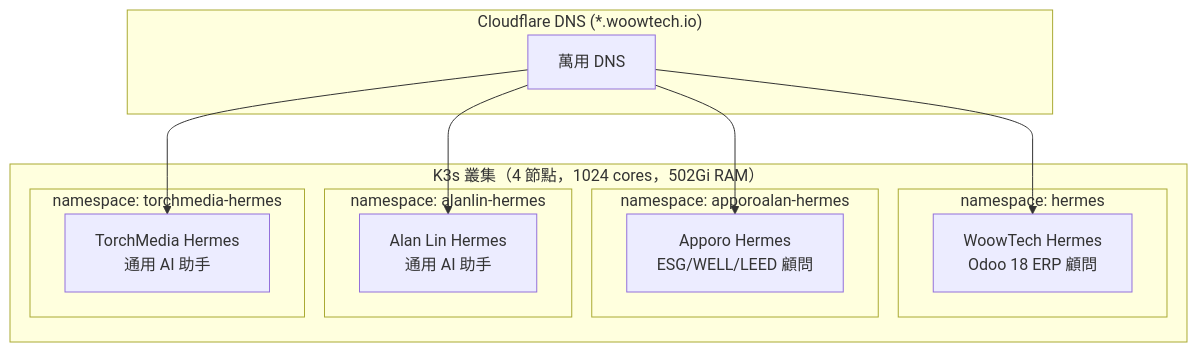
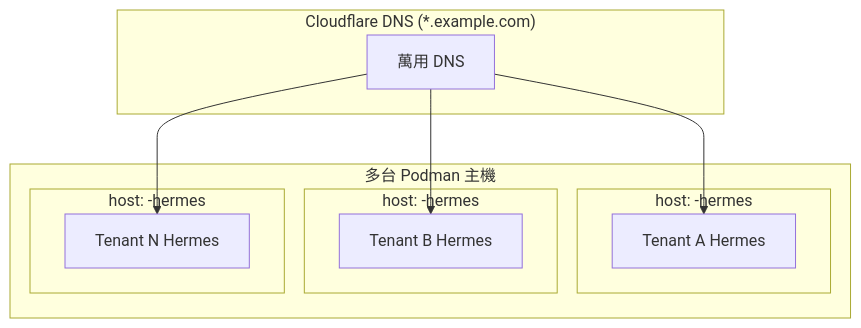
One commit to WOOWTECH/Woow_podman_hermes changed the second of 5 diagrams in README_zh-TW.md. Above: the diagram before and after it, drawn with Mermaid. The commit also changed other lines of this file and 43 other files, not shown here.

First line of the commit message:
refactor(podman): remove hermes-webui service — v0.17.0 single-container

````diff
--- a/README_zh-TW.md
+++ b/README_zh-TW.md
@@ -160,26 +148,22 @@
 ```mermaid
 graph TB
-    subgraph CF["Cloudflare DNS (*.woowtech.io)"]
+    subgraph CF["Cloudflare DNS (*.example.com)"]
         DNS["萬用 DNS"]
     end
 
-    subgraph K3s["K3s 叢集（4 節點，1024 cores，502Gi RAM）"]
-        subgraph NS1["namespace: hermes"]
-            I1["WoowTech Hermes<br/>Odoo 18 ERP 顧問"]
+    subgraph Hosts["多台 Podman 主機"]
+        subgraph H1["host: <tenant-a>-hermes"]
+            I1["Tenant A Hermes"]
         end
-        subgraph NS2["namespace: apporoalan-hermes"]
-            I2["Apporo Hermes<br/>ESG/WELL/LEED 顧問"]
+        subgraph H2["host: <tenant-b>-hermes"]
+            I2["Tenant B Hermes"]
         end
-        subgraph NS3["namespace: alanlin-hermes"]
-            I3["Alan Lin Hermes<br/>通用 AI 助手"]
-        end
-        subgraph NS4["namespace: torchmedia-hermes"]
-            I4["TorchMedia Hermes<br/>通用 AI 助手"]
+        subgraph HN["host: <tenant-n>-hermes"]
+            IN["Tenant N Hermes"]
         end
     end
 
     DNS --> I1
     DNS --> I2
-    DNS --> I3
-    DNS --> I4
+    DNS --> IN
 ```
````
